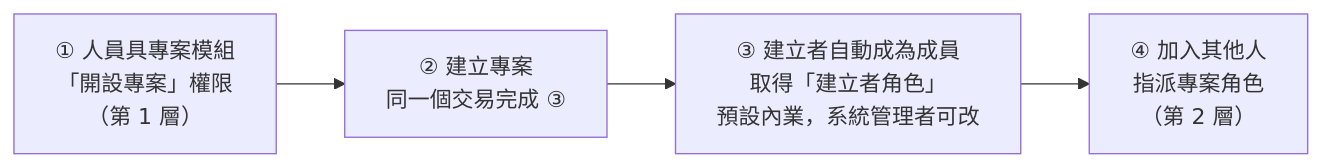
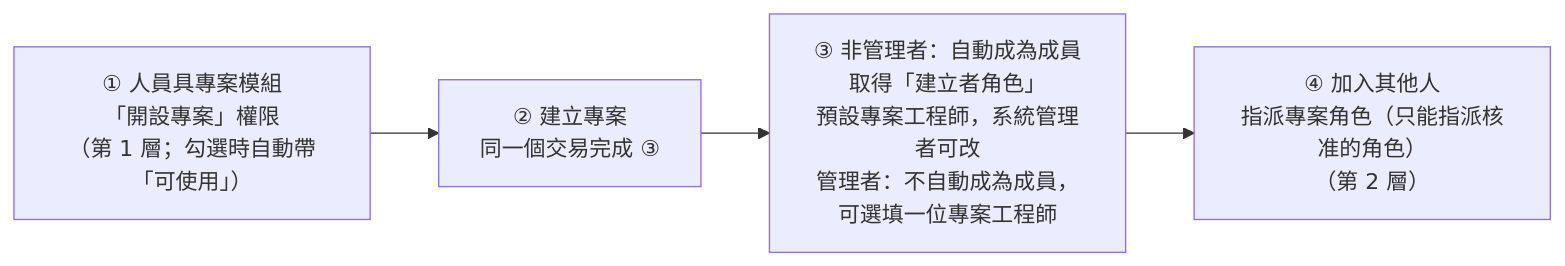
Before and after one commit to speko-tw/inspect-flow: the third of 4 diagrams in docs/intents/07-permission-model.md, drawn with Mermaid. The commit also changed other lines of this file and 3 other files, not shown here.

````diff
--- a/docs/intents/07-permission-model.md
+++ b/docs/intents/07-permission-model.md
@@ -79,6 +79,6 @@
 ```mermaid
 flowchart LR
-  S1["① 人員具專案模組<br/>「開設專案」權限<br/>（第 1 層）"] --> S2["② 建立專案<br/>同一個交易完成 ③"]
-  S2 --> S3["③ 建立者自動成為成員<br/>取得「建立者角色」<br/>預設內業，系統管理者可改"]
-  S3 --> S4["④ 加入其他人<br/>指派專案角色<br/>（第 2 層）"]
+  S1["① 人員具專案模組<br/>「開設專案」權限<br/>（第 1 層；勾選時自動帶「可使用」）"] --> S2["② 建立專案<br/>同一個交易完成 ③"]
+  S2 --> S3["③ 非管理者：自動成為成員<br/>取得「建立者角色」<br/>預設專案工程師，系統管理者可改<br/>管理者：不自動成為成員，可選填一位專案工程師"]
+  S3 --> S4["④ 加入其他人<br/>指派專案角色（只能指派核准的角色）<br/>（第 2 層）"]
 ```
````
